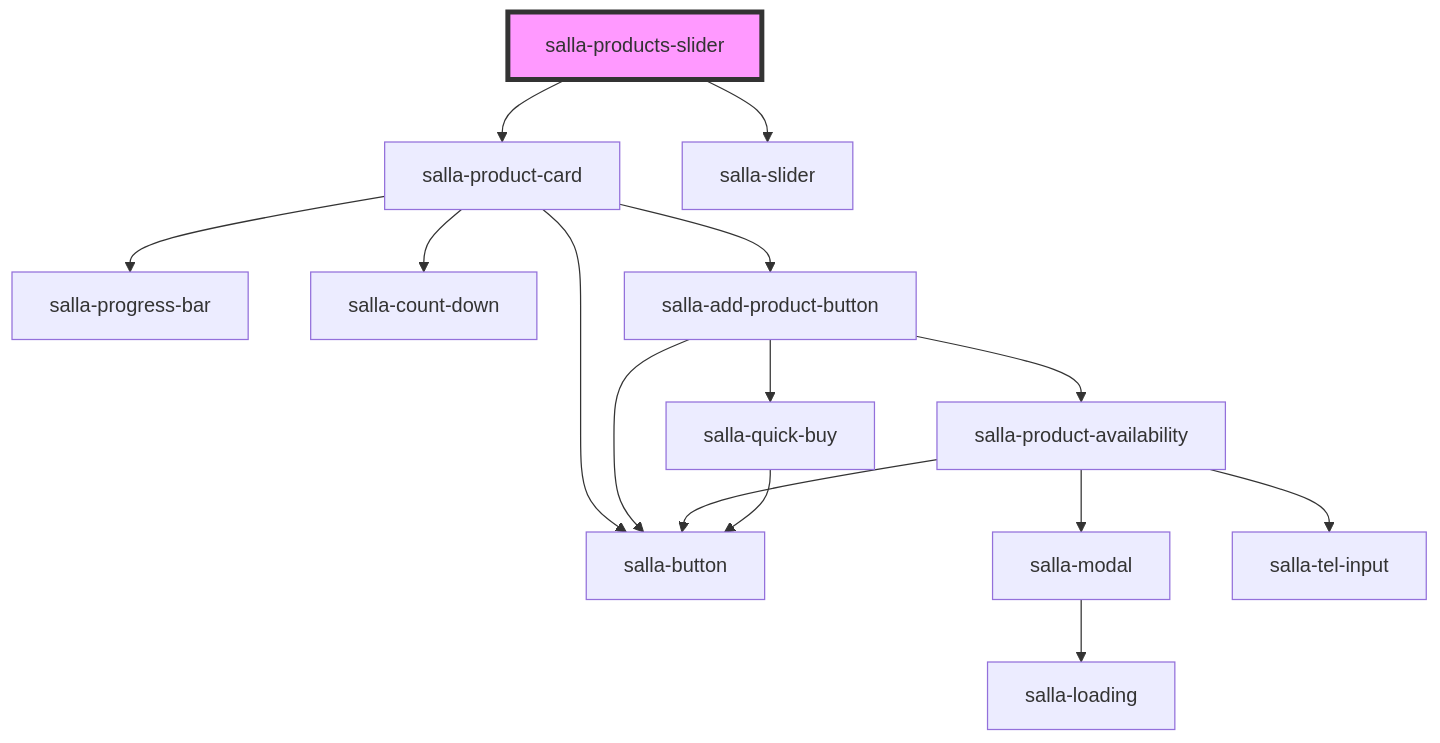
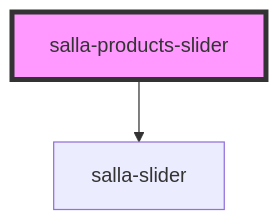
Before and after one commit to Almo7aya/twilight-components_test: the diagram in src/components/salla-products-slider/readme.md, drawn with Mermaid. The commit also changed other lines of this file and 6 other files, not shown here.

````diff
--- a/src/components/salla-products-slider/readme.md
+++ b/src/components/salla-products-slider/readme.md
@@ -30,18 +29,5 @@
 ```mermaid
 graph TD;
-  salla-products-slider --> salla-product-card
   salla-products-slider --> salla-slider
-  salla-product-card --> salla-button
-  salla-product-card --> salla-progress-bar
-  salla-product-card --> salla-count-down
-  salla-product-card --> salla-add-product-button
-  salla-add-product-button --> salla-product-availability
-  salla-add-product-button --> salla-button
-  salla-add-product-button --> salla-quick-buy
-  salla-product-availability --> salla-button
-  salla-product-availability --> salla-modal
-  salla-product-availability --> salla-tel-input
-  salla-modal --> salla-loading
-  salla-quick-buy --> salla-button
   style salla-products-slider fill:#f9f,stroke:#333,stroke-width:4px
 ```
````
